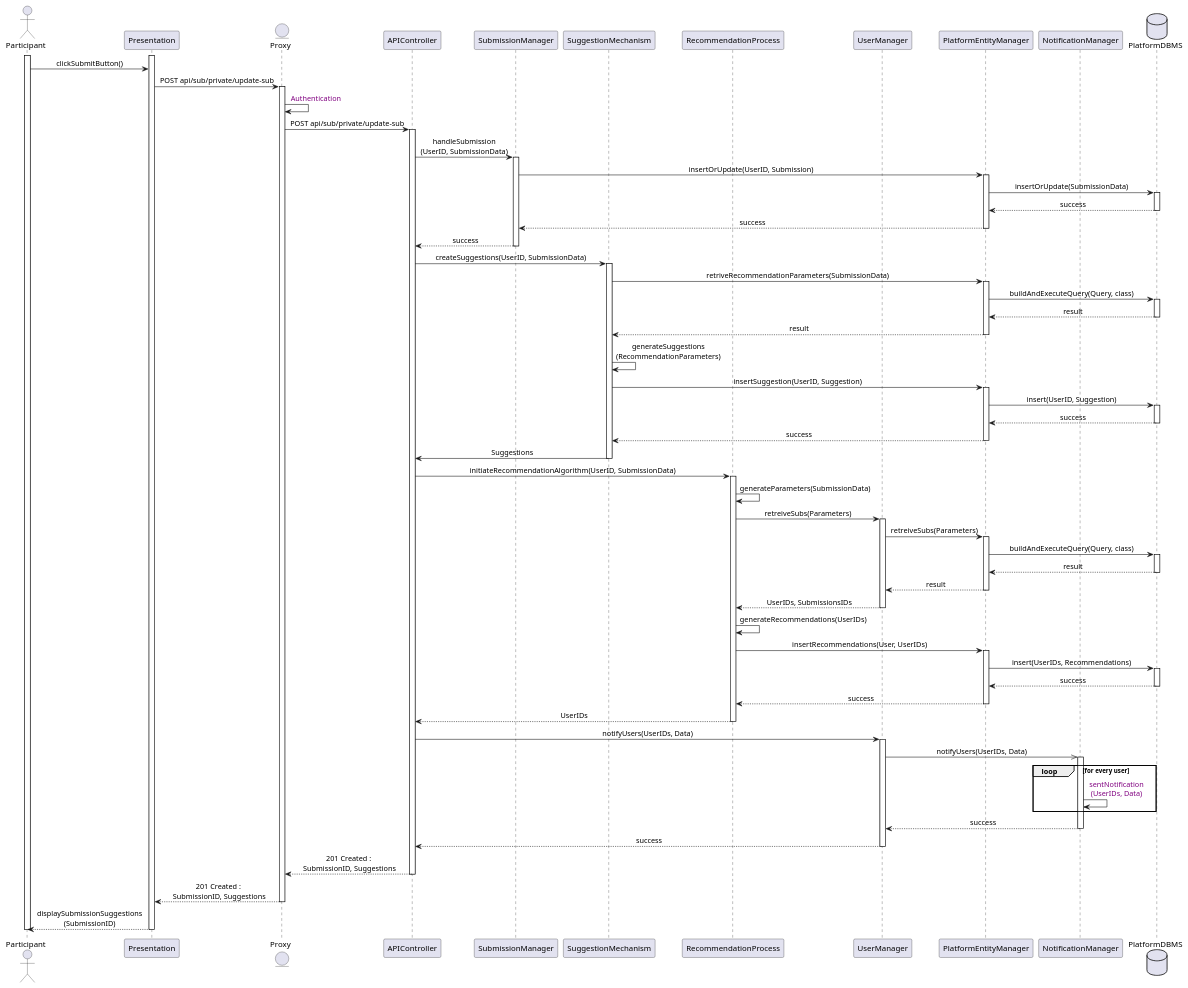
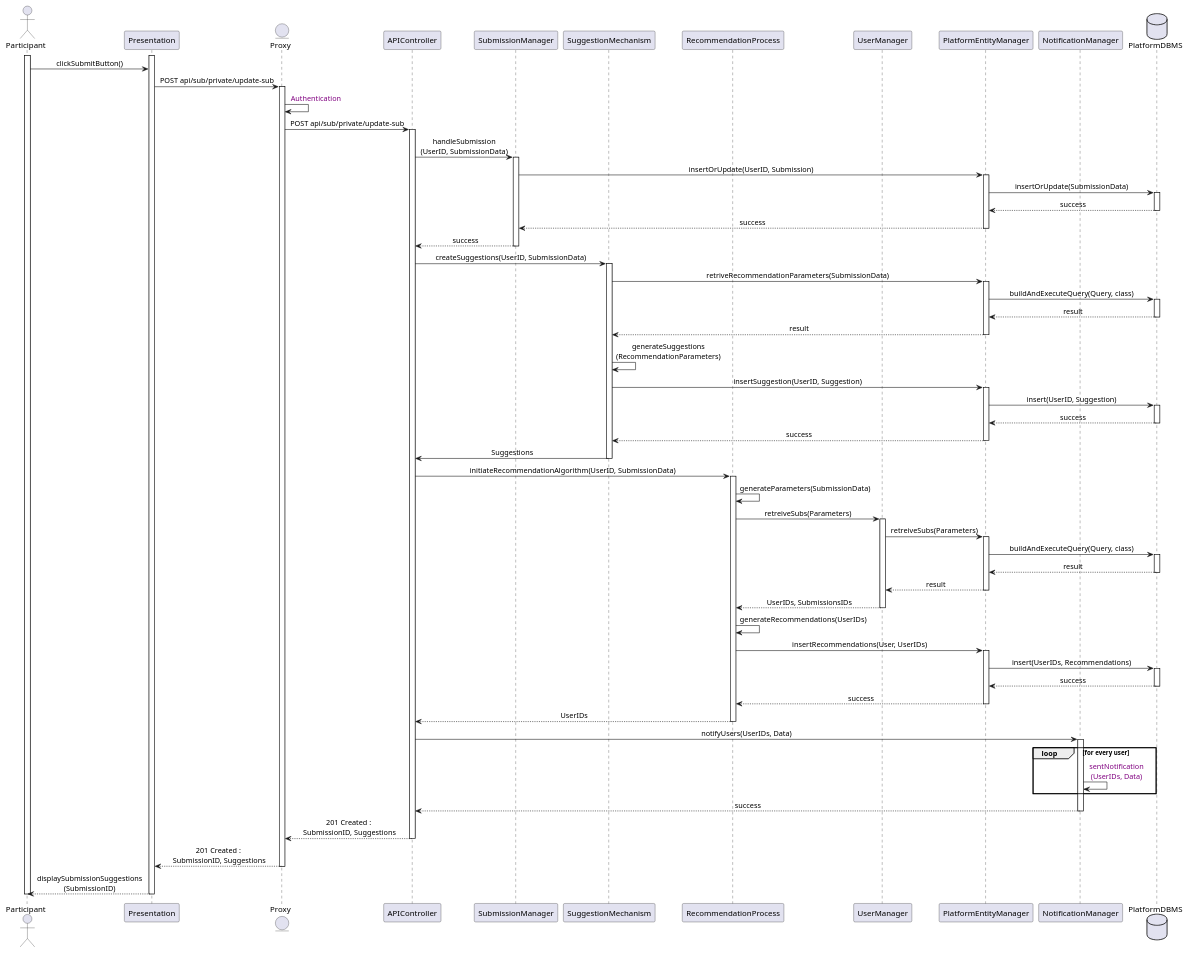
One commit to Slaitroc/RicciPaoliGrisoni changed the diagram in Diagrams/SequenceDiagrams/DD/3ParticipantSubmission.wsd. Above: the diagram before and after it, drawn with PlantUML.

Commit message:
Refactor notification flow in 3ParticipantSubmission sequence diagram

```diff
--- a/Diagrams/SequenceDiagrams/DD/3ParticipantSubmission.wsd
+++ b/Diagrams/SequenceDiagrams/DD/3ParticipantSubmission.wsd
@@ -1,73 +1,71 @@
 @startuml ParticipantSubmission
 skinparam sequenceMessageAlign center
 actor       Participant
 participant Presentation
 entity      Proxy
 participant APIController
 participant SubmissionManager
 participant SuggestionMechanism
 participant RecommendationProcess
 participant UserManager
 participant PlatformEntityManager
 participant NotificationManager
 database    PlatformDBMS
 
 activate Participant
 activate Presentation
 Participant -> Presentation : clickSubmitButton()
 Presentation -> Proxy ++ : POST api/sub/private/update-sub
 Proxy -> Proxy  : <color:purple> Authentication
 Proxy -> APIController ++ : POST api/sub/private/update-sub
 APIController -> SubmissionManager : handleSubmission\n(UserID, SubmissionData)
 activate SubmissionManager
 ' SubmissionManager -> SubmissionManager : check(submission)
 SubmissionManager -> PlatformEntityManager : insertOrUpdate(UserID, Submission)
 activate PlatformEntityManager
 PlatformEntityManager -> PlatformDBMS : insertOrUpdate(SubmissionData)
 activate PlatformDBMS
 PlatformDBMS --> PlatformEntityManager : success
 deactivate PlatformDBMS
 PlatformEntityManager --> SubmissionManager : success 
 deactivate PlatformEntityManager
 SubmissionManager --> APIController : success
 deactivate SubmissionManager
 APIController -> SuggestionMechanism ++ : createSuggestions(UserID, SubmissionData)
 SuggestionMechanism -> PlatformEntityManager ++ : retriveRecommendationParameters(SubmissionData)
 PlatformEntityManager -> PlatformDBMS ++ : buildAndExecuteQuery(Query, class)
 PlatformDBMS --> PlatformEntityManager -- : result
 PlatformEntityManager --> SuggestionMechanism -- : result
 SuggestionMechanism -> SuggestionMechanism : generateSuggestions\n(RecommendationParameters)
 SuggestionMechanism -> PlatformEntityManager ++ : insertSuggestion(UserID, Suggestion)
 PlatformEntityManager -> PlatformDBMS ++ : insert(UserID, Suggestion)
 PlatformDBMS --> PlatformEntityManager -- : success
 PlatformEntityManager -->  SuggestionMechanism -- : success
 SuggestionMechanism -> APIController -- : Suggestions
 APIController -> RecommendationProcess ++ : initiateRecommendationAlgorithm(UserID, SubmissionData)
 RecommendationProcess -> RecommendationProcess : generateParameters(SubmissionData)
 RecommendationProcess -> UserManager ++ : retreiveSubs(Parameters)
 UserManager -> PlatformEntityManager ++ : retreiveSubs(Parameters)
 PlatformEntityManager -> PlatformDBMS ++ : buildAndExecuteQuery(Query, class)
 PlatformDBMS --> PlatformEntityManager -- : result
 PlatformEntityManager --> UserManager -- : result
 UserManager --> RecommendationProcess -- : UserIDs, SubmissionsIDs
 RecommendationProcess -> RecommendationProcess : generateRecommendations(UserIDs)
 RecommendationProcess -> PlatformEntityManager ++ : insertRecommendations(User, UserIDs)
 PlatformEntityManager -> PlatformDBMS ++ : insert(UserIDs, Recommendations)
 PlatformDBMS --> PlatformEntityManager -- : success
 PlatformEntityManager -->  RecommendationProcess -- : success
 RecommendationProcess --> APIController -- : UserIDs
-APIController -> UserManager ++ : notifyUsers(UserIDs, Data)
-UserManager ->> NotificationManager ++ : notifyUsers(UserIDs, Data)
+APIController -> NotificationManager ++ : notifyUsers(UserIDs, Data)
 loop for every user
     NotificationManager -> NotificationManager : <color:purple> sentNotification\n <color:purple>(UserIDs, Data)
 end
-NotificationManager --> UserManager -- : success
-UserManager --> APIController -- : success
+NotificationManager --> APIController -- : success
 APIController --> Proxy : 201 Created :\n SubmissionID, Suggestions
 deactivate APIController
 Proxy --> Presentation : 201 Created :\n SubmissionID, Suggestions
 deactivate Proxy
 Presentation --> Participant : displaySubmissionSuggestions\n(SubmissionID)
 deactivate Presentation
 deactivate Participant
 @enduml
```
